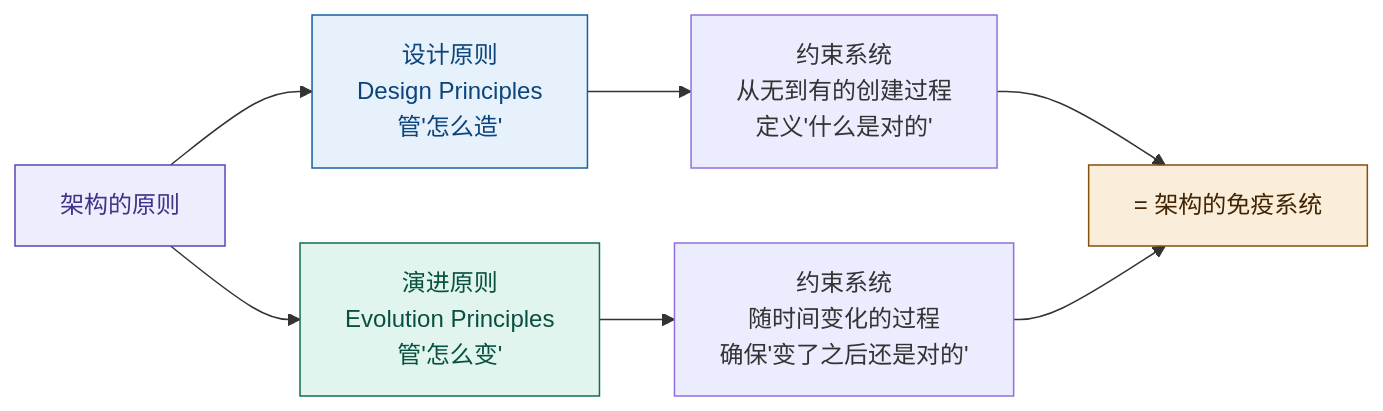
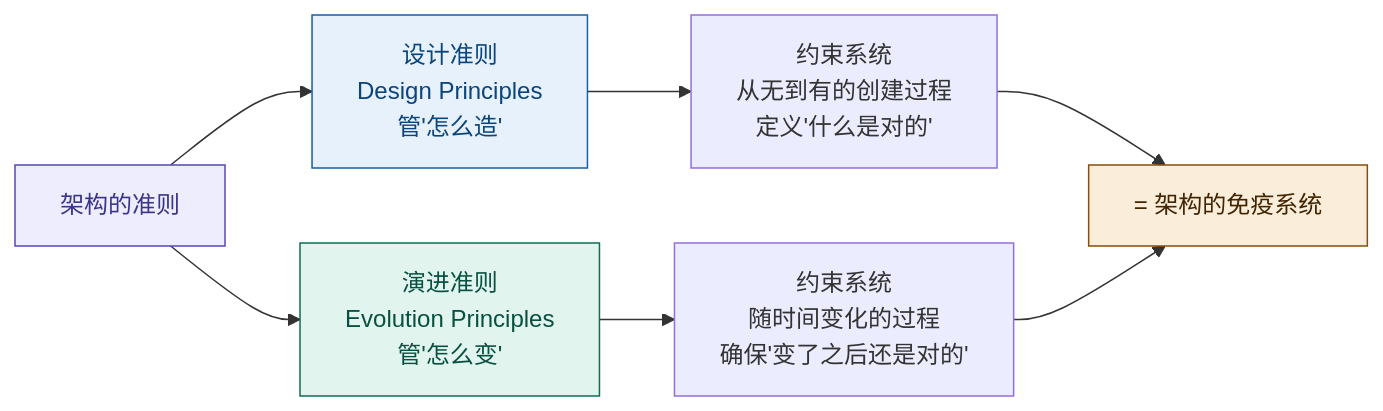
One commit to Yongjunzhou/AOS-system-design changed diagram 18 of 24 in 100-subprojects/01-系统工程研究/00-系统工程相关研究报告/07-架构概念研究报告-从概念设计到架构.md. Above: the diagram before and after it, drawn with Mermaid. The commit also changed other lines of this file and 20 other files, not shown here.

````diff
--- a/100-subprojects/01-系统工程研究/00-系统工程相关研究报告/07-架构概念研究报告-从概念设计到架构.md
+++ b/100-subprojects/01-系统工程研究/00-系统工程相关研究报告/07-架构概念研究报告-从概念设计到架构.md
@@ -737,14 +836,14 @@
 ```mermaid
 flowchart LR
-    A["架构的原则"]
-    A --> B["设计原则<br/>Design Principles<br/>管'怎么造'"]
-    A --> C["演进原则<br/>Evolution Principles<br/>管'怎么变'"]
+    A["架构的准则"]
+    A --> B["设计准则<br/>Design Principles<br/>管'怎么造'"]
+    A --> C["演进准则<br/>Evolution Principles<br/>管'怎么变'"]
     B --> D["约束系统<br/>从无到有的创建过程<br/>定义'什么是对的'"]
     C --> E["约束系统<br/>随时间变化的过程<br/>确保'变了之后还是对的'"]
     D --> F["= 架构的免疫系统"]
     E --> F
     style A fill:#EEEDFE,stroke:#534AB7,color:#3C3489
     style B fill:#E6F1FB,stroke:#185FA5,color:#0C447C
     style C fill:#E1F5EE,stroke:#0F6E56,color:#085041
     style F fill:#FAEEDA,stroke:#854F0B,color:#412402
 ```
````
